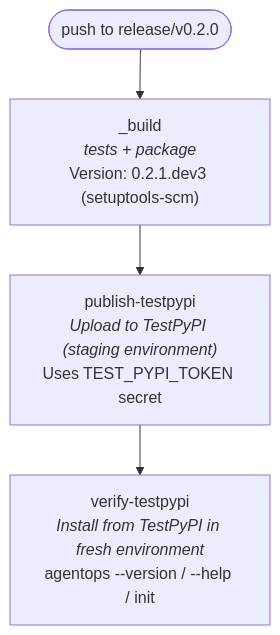
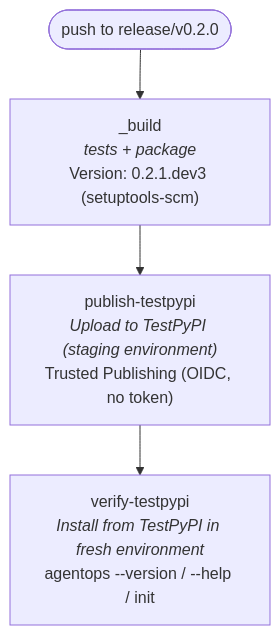
Before and after one commit to Azure/agentops: the first of 3 diagrams in docs/release-process.md, drawn with Mermaid. The commit also changed other lines of this file and 1 other file, not shown here.

````diff
--- a/docs/release-process.md
+++ b/docs/release-process.md
@@ -277,9 +281,9 @@
 ```mermaid
 flowchart TD
     push(["push to release/v0.2.0"])
     build["_build<br/><i>tests + package</i><br/>Version: 0.2.1.dev3 (setuptools-scm)"]
-    publish["publish-testpypi<br/><i>Upload to TestPyPI (staging environment)</i><br/>Uses TEST_PYPI_TOKEN secret"]
+    publish["publish-testpypi<br/><i>Upload to TestPyPI (staging environment)</i><br/>Trusted Publishing (OIDC, no token)"]
     verify["verify-testpypi<br/><i>Install from TestPyPI in fresh environment</i><br/>agentops --version / --help / init"]
 
     push --> build --> publish --> verify
 ```
````
